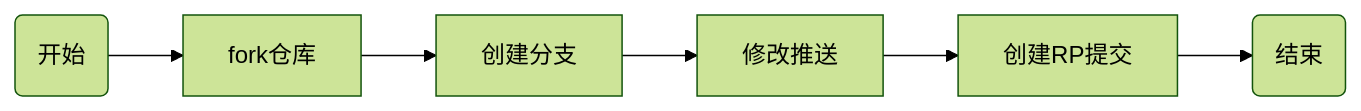
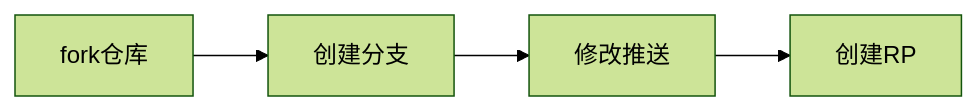
Before and after one commit to dmjcb/dmjcb.github.io: the third of 3 diagrams in _posts/software/git/2024-09-24-使用.md, drawn with Mermaid (forest theme). The commit also changed other lines of this file and 33 other files, not shown here.

````diff
--- a/_posts/software/git/2024-09-24-使用.md
+++ b/_posts/software/git/2024-09-24-使用.md
@@ -216,10 +218,8 @@
 ```mermaid
 graph LR;
-    X(开始)
     A[fork仓库]
-    C[创建分支]
-    D[修改推送]
-    E[创建RP提交]
-    Z(结束)
-    X-->A-->C-->D-->E-->Z
+    B[创建分支]
+    C[修改推送]
+    D[创建RP]
+    A-->B-->C-->D
 ```
````
